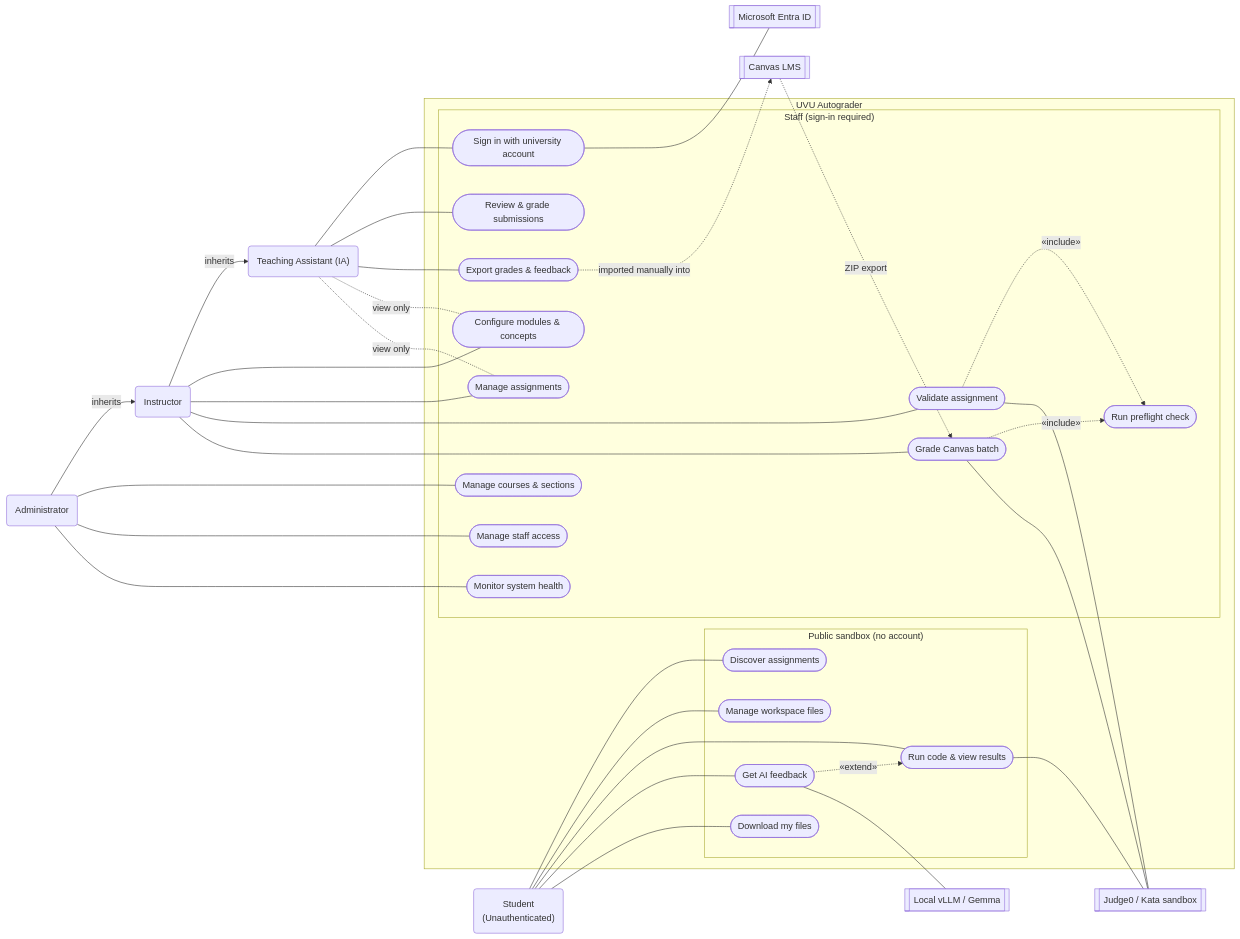
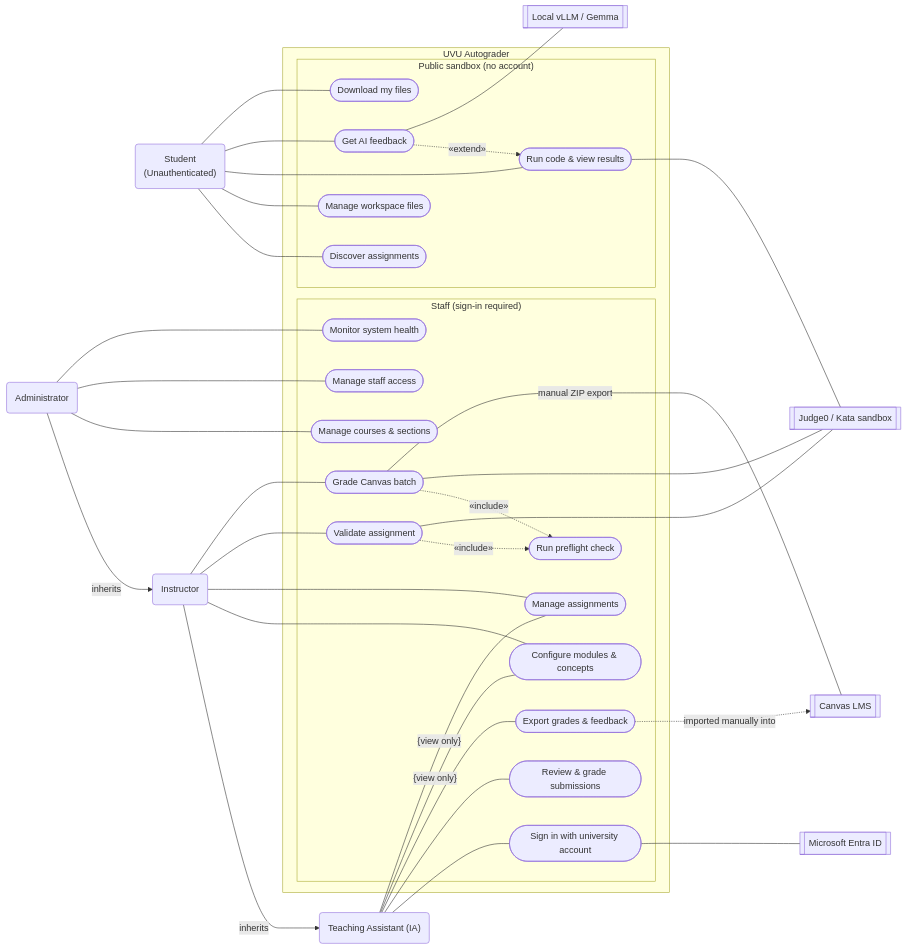
One commit to UVU-Autograder/autograder_v1 changed the diagram in docs/architecture/usecase.md. Above: the diagram before and after it, drawn with Mermaid. The commit also changed other lines of this file, not shown here.

````diff
--- a/docs/architecture/usecase.md
+++ b/docs/architecture/usecase.md
@@ -1,64 +1,64 @@
 ```mermaid
 flowchart LR
     %% ---------- Actors ----------
     Student("Student <br/> (Unauthenticated)")
     Instructor("Instructor")
     IA("Teaching Assistant (IA)")
     Admin("Administrator")
 
     %% ---------- System boundary ----------
     subgraph System["UVU Autograder"]
         subgraph Sandbox["Public sandbox (no account)"]
             UC1(["Discover assignments"])
             UC2(["Manage workspace files"])
             UC3(["Run code & view results"])
             UC4(["Get AI feedback"])
             UC5(["Download my files"])
         end
 
         subgraph Staff["Staff (sign-in required)"]
             UC6(["Configure modules & concepts"])
             UC7(["Manage assignments"])
             UC8(["Validate assignment"])
             UC9(["Grade Canvas batch"])
             UC10(["Review & grade submissions"])
             UC11(["Export grades & feedback"])
             UC12(["Sign in with university account"])
             UC13(["Run preflight check"])
             UC14(["Manage courses & sections"])
             UC15(["Manage staff access"])
             UC16(["Monitor system health"])
         end
     end
 
     %% ---------- External systems ----------
     Canvas[["Canvas LMS"]]
     Entra[["Microsoft Entra ID"]]
     Judge0[["Judge0 / Kata sandbox"]]
     AI[["Local vLLM / Gemma"]]
 
     %% ---------- Actor generalization ----------
     Instructor -->|"inherits"| IA
     Admin -->|"inherits"| Instructor
 
     %% ---------- Actor associations ----------
     Student --- UC1 & UC2 & UC3 & UC4 & UC5
     Instructor --- UC6 & UC7 & UC8 & UC9
     Admin --- UC14 & UC15 & UC16
     IA --- UC12 & UC10 & UC11
-    IA -.-|"view only"| UC6
-    IA -.-|"view only"| UC7
+    IA ---|"{view only}"| UC6
+    IA ---|"{view only}"| UC7
 
     %% ---------- Relationships ----------
     UC4 -.->|"«extend»"| UC3
     UC8 -.->|"«include»"| UC13
     UC9 -.->|"«include»"| UC13
 
     %% ---------- External systems ----------
     UC3 & UC8 & UC9 --- Judge0
     UC4 --- AI
     UC12 --- Entra
-    Canvas -.->|"ZIP export"| UC9
+    UC9 ---|"manual ZIP export"| Canvas
     UC11 -.->|"imported manually into"| Canvas
 
 ```
````
